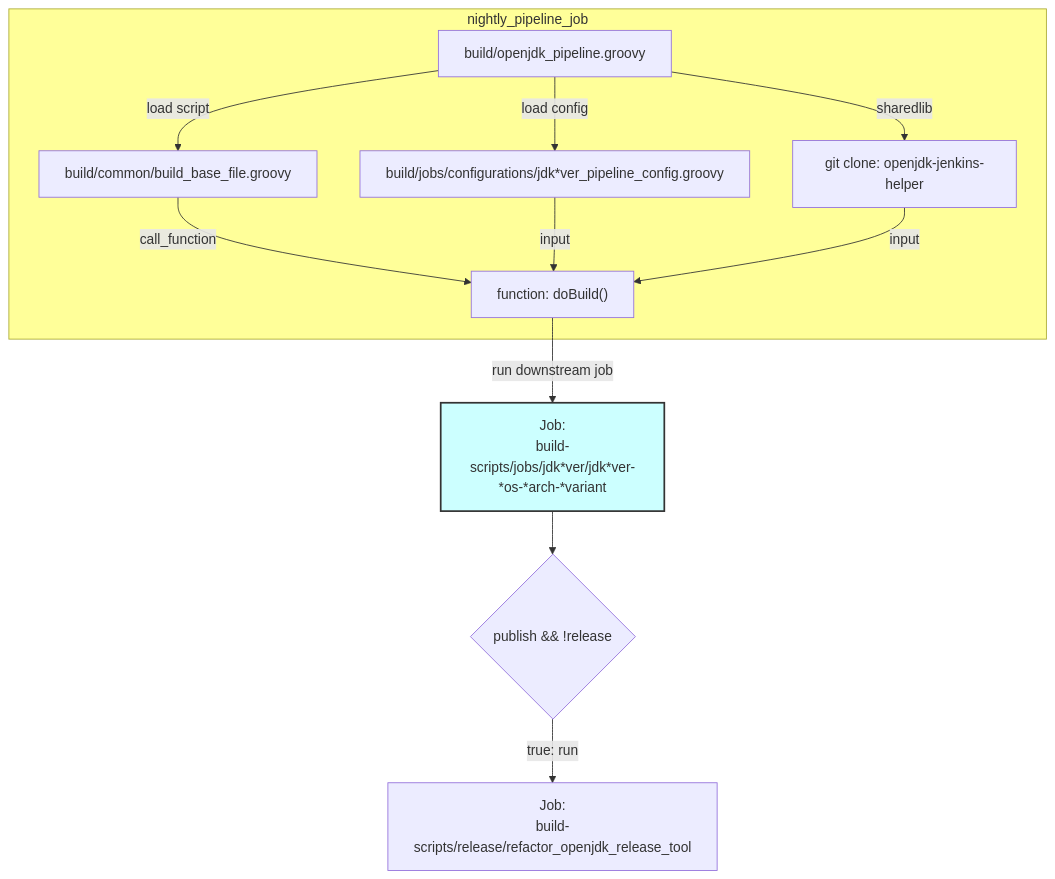
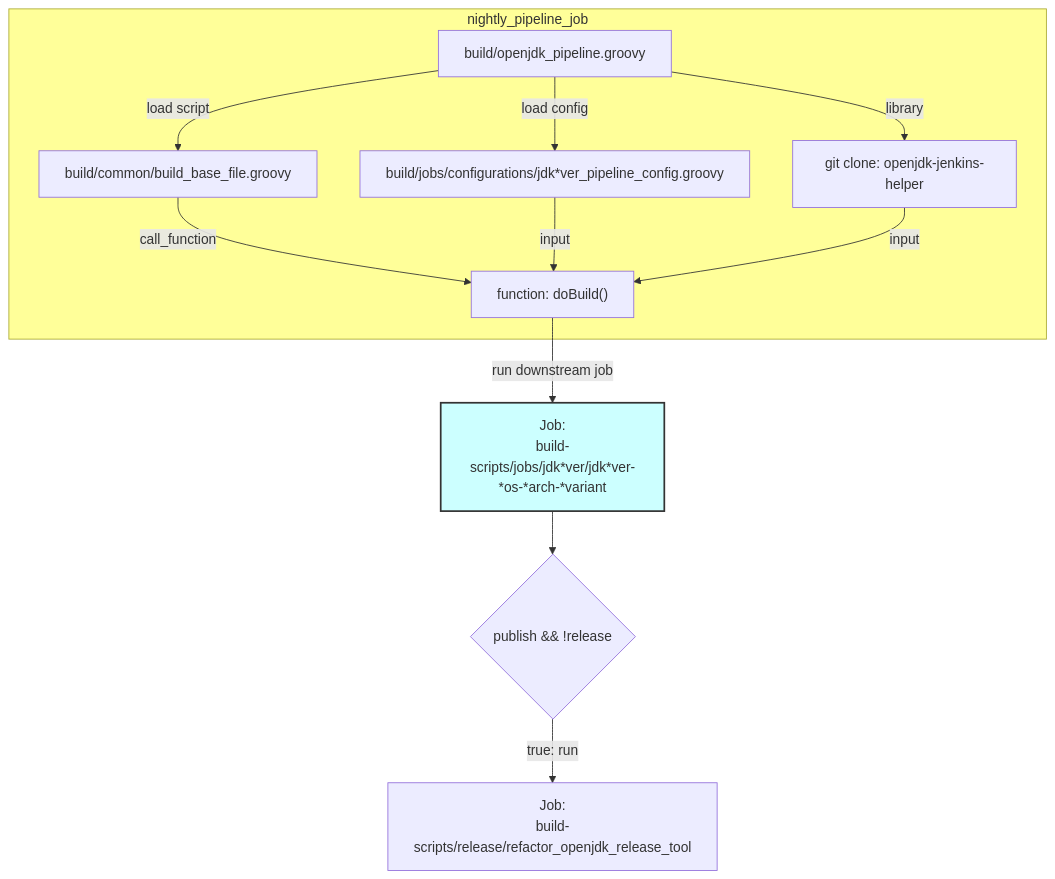
Before and after one commit to adoptium/ci-jenkins-pipelines: the fourth of 9 diagrams in docs/diagram.md, drawn with Mermaid. The commit also changed other lines of this file and 2 other files, not shown here.

Commit message:
fix: remove reference of import_lib.groovy from diagram

````diff
--- a/docs/diagram.md
+++ b/docs/diagram.md
@@ -122,30 +148,30 @@
 ```mermaid
 
 flowchart TD
 
 subgraph nightly_pipeline_job
 
 Call[build/openjdk_pipeline.groovy] --load script-->
 Load1[build/common/build_base_file.groovy]
 
 Call --load config--> Load2[build/jobs/configurations/jdk*ver_pipeline_config.groovy]
-Call --sharedlib -->
+Call --library -->
 Load3["git clone: openjdk-jenkins-helper"]
 
 Load1 --call_function--> Build["function: doBuild()"]
 Load2 --input--> Build
 Load3 --input--> Build
 
 end
 
 Build --"run downstream job" -->
 variantJob["Job:\nbuild-scripts/jobs/jdk*ver/jdk*ver-*os-*arch-*variant"] -->
 checkpublish{publish && !release} --true: run-->
 Publish["Job:\nbuild-scripts/release/refactor_openjdk_release_tool"]
 
 classDef yellow fill:#ffff99
 classDef c12 fill:#ccffff,stroke:#333,stroke-width:2px
 class nightly_pipeline_job yellow
 class variantJob c12
 
 ```
````
